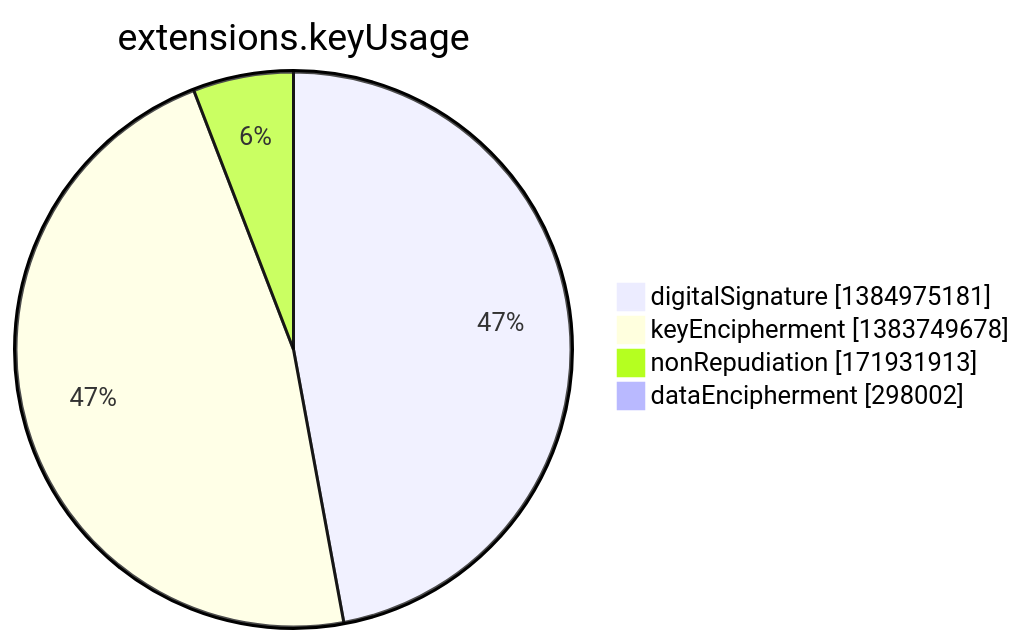
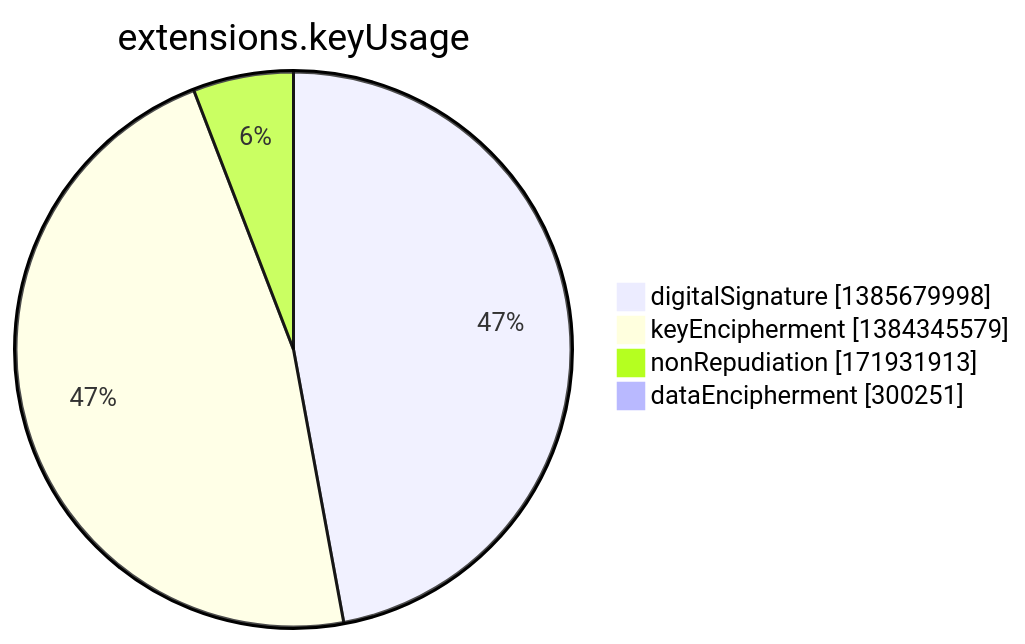
Before and after one commit to christiankrug/ctmonitor_visualization: the seventh of 15 diagrams in argon2022/README.md, drawn with Mermaid. The commit also changed other lines of this file, not shown here.

````diff
--- a/argon2022/README.md
+++ b/argon2022/README.md
@@ -2751,8 +2751,8 @@
 ```mermaid
 pie showData
 title extensions.keyUsage
-"digitalSignature" :1384975181
-"keyEncipherment" :1383749678
+"digitalSignature" :1385679998
+"keyEncipherment" :1384345579
 "nonRepudiation" :171931913
-"dataEncipherment" :298002
+"dataEncipherment" :300251
 ```
````
